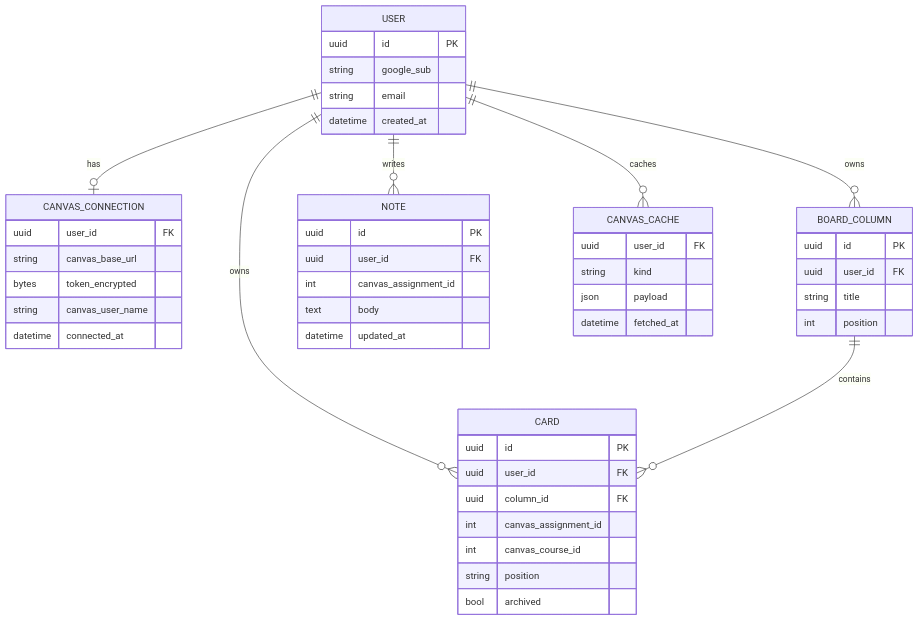
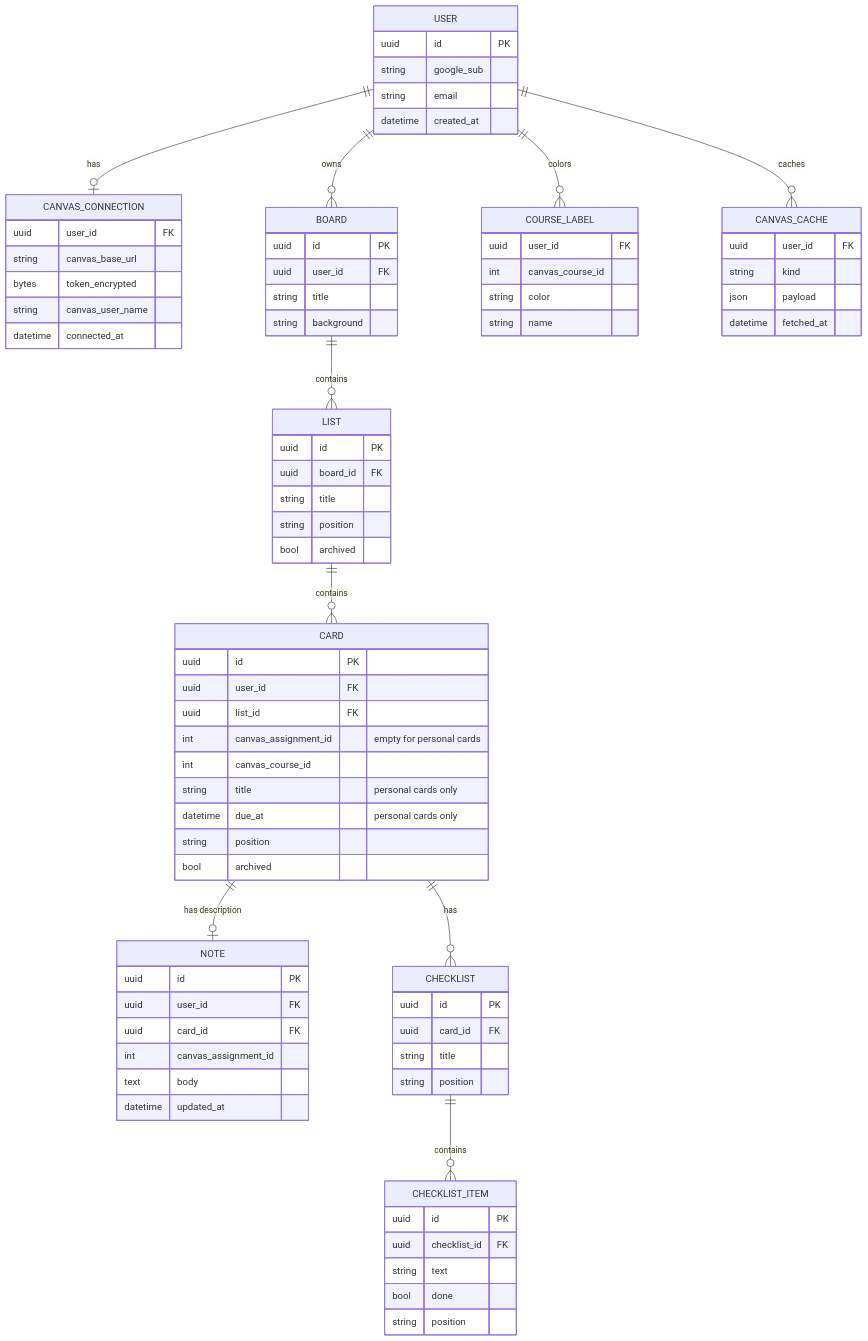
Before and after one commit to bbranton/TestProj: the second of 6 diagrams in docs/canvas-portal/03-design.md, drawn with Mermaid. The commit also changed other lines of this file and 5 other files, not shown here.

````diff
--- a/docs/canvas-portal/03-design.md
+++ b/docs/canvas-portal/03-design.md
@@ -62,10 +62,13 @@
 ```mermaid
 erDiagram
     USER ||--o| CANVAS_CONNECTION : has
-    USER ||--o{ BOARD_COLUMN : owns
-    USER ||--o{ CARD : owns
-    USER ||--o{ NOTE : writes
-    BOARD_COLUMN ||--o{ CARD : contains
+    USER ||--o{ BOARD : owns
+    BOARD ||--o{ LIST : contains
+    LIST ||--o{ CARD : contains
+    CARD ||--o| NOTE : "has description"
+    CARD ||--o{ CHECKLIST : has
+    CHECKLIST ||--o{ CHECKLIST_ITEM : contains
+    USER ||--o{ COURSE_LABEL : colors
     USER ||--o{ CANVAS_CACHE : caches
 
     USER {
@@ -81,27 +84,56 @@
         string canvas_user_name
         datetime connected_at
     }
-    BOARD_COLUMN {
+    BOARD {
         uuid id PK
         uuid user_id FK
         string title
-        int position
+        string background
+    }
+    LIST {
+        uuid id PK
+        uuid board_id FK
+        string title
+        string position
+        bool archived
     }
     CARD {
         uuid id PK
         uuid user_id FK
-        uuid column_id FK
-        int canvas_assignment_id
+        uuid list_id FK
+        int canvas_assignment_id "empty for personal cards"
         int canvas_course_id
+        string title "personal cards only"
+        datetime due_at "personal cards only"
         string position
         bool archived
     }
     NOTE {
         uuid id PK
         uuid user_id FK
+        uuid card_id FK
         int canvas_assignment_id
         text body
         datetime updated_at
+    }
+    CHECKLIST {
+        uuid id PK
+        uuid card_id FK
+        string title
+        string position
+    }
+    CHECKLIST_ITEM {
+        uuid id PK
+        uuid checklist_id FK
+        string text
+        bool done
+        string position
+    }
+    COURSE_LABEL {
+        uuid user_id FK
+        int canvas_course_id
+        string color
+        string name
     }
     CANVAS_CACHE {
         uuid user_id FK
````
